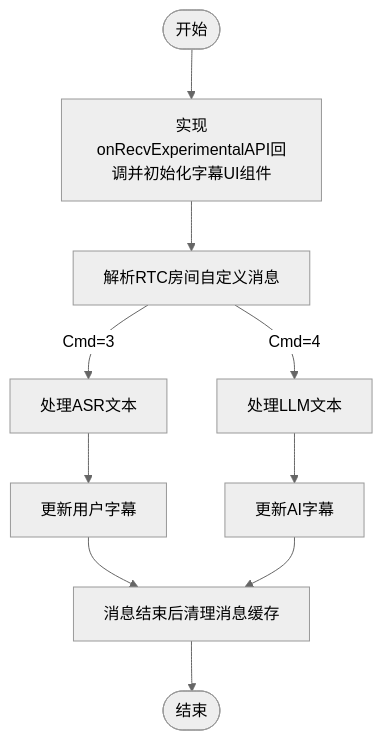
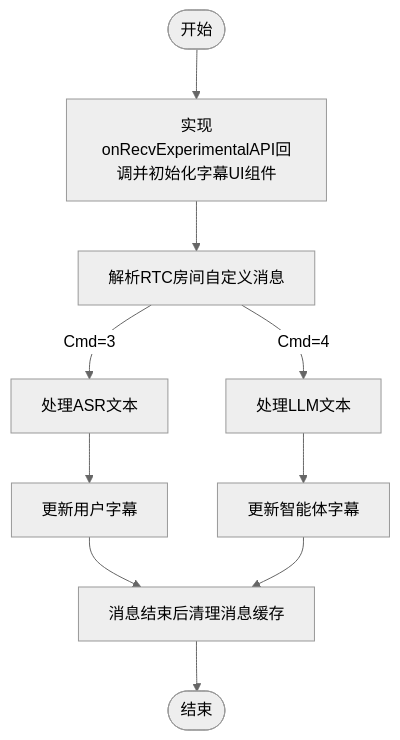
Before and after one commit to ZEGOCLOUD/docs_all: the first of 3 diagrams in core_products/aiagent/zh/docs_aiagent_android_zh/Guides/Display subtitles.mdx, drawn with Mermaid (neutral theme). The commit also changed other lines of this file and 8 other files, not shown here.

````diff
--- a/core_products/aiagent/zh/docs_aiagent_android_zh/Guides/Display subtitles.mdx
+++ b/core_products/aiagent/zh/docs_aiagent_android_zh/Guides/Display subtitles.mdx
@@ -24,12 +24,12 @@
 ```mermaid
 flowchart TD
     Start([开始]) --> Init[实现onRecvExperimentalAPI回调并初始化字幕UI组件]
     Init --> ParseMessage[解析RTC房间自定义消息]
     ParseMessage --> |Cmd=3| ProcessASR[处理ASR文本]
     ParseMessage --> |Cmd=4| ProcessLLM[处理LLM文本]
     ProcessASR --> UpdateSubtitles1[更新用户字幕]
-    ProcessLLM --> UpdateSubtitles2[更新AI字幕]
+    ProcessLLM --> UpdateSubtitles2[更新智能体字幕]
     UpdateSubtitles1 --> HandleEndFlags[消息结束后清理消息缓存]
     UpdateSubtitles2 --> HandleEndFlags[消息结束后清理消息缓存]
     HandleEndFlags --> End([结束])
 ```
````
